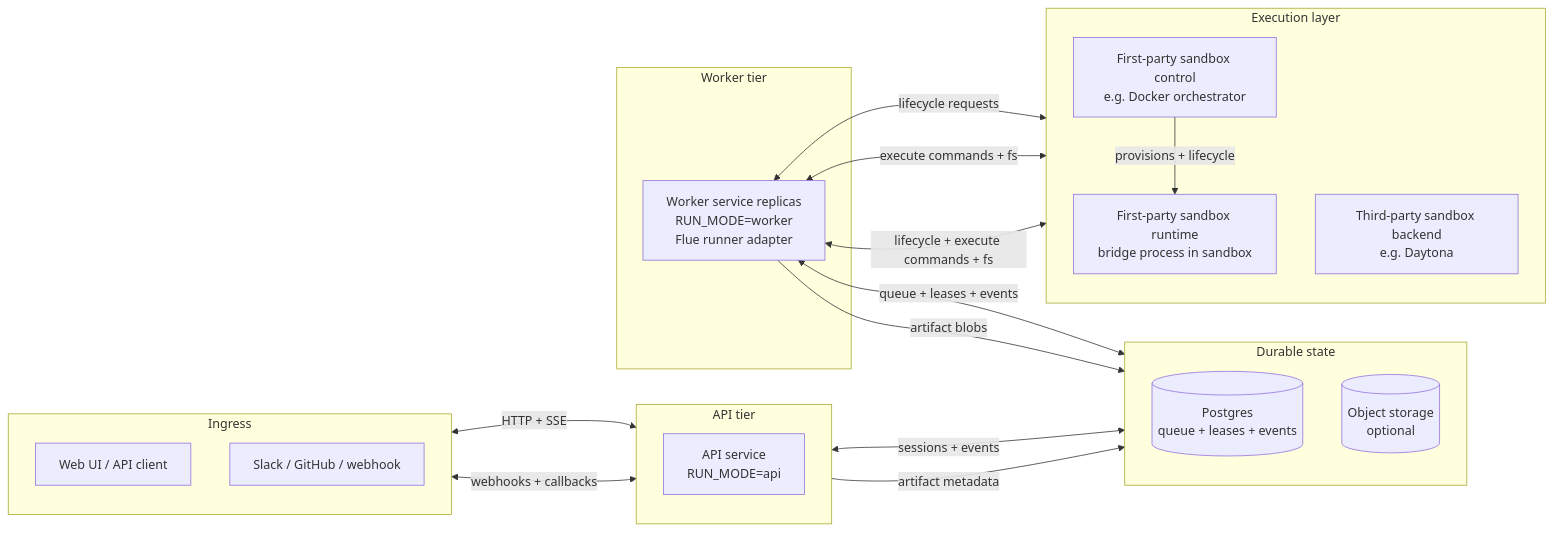
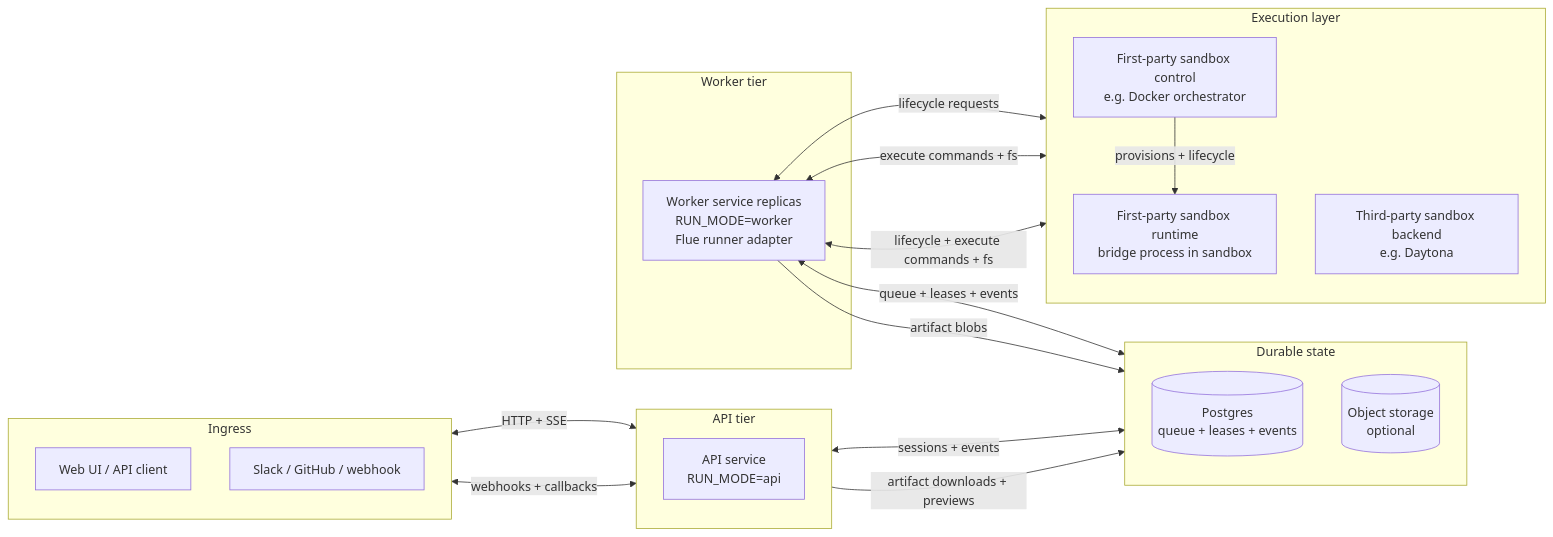
The second of 2 diagrams in docs/architecture.md (volfco/deputies), drawn with Mermaid before and after one commit. The commit also changed other lines of this file and 6 other files, not shown here.

Commit message:
docs: document artifact storage feature

````diff
--- a/docs/architecture.md
+++ b/docs/architecture.md
@@ -133,41 +134,41 @@
 ```mermaid
 flowchart LR
   subgraph Ingress[Ingress]
     direction TB
     Client[Web UI / API client]
     Integration[Slack / GitHub / webhook]
   end
 
   subgraph APIService[API tier]
     direction TB
     API[API service<br/>RUN_MODE=api]
   end
 
   subgraph WorkerTier[Worker tier]
     Workers[Worker service replicas<br/>RUN_MODE=worker<br/>Flue runner adapter]
   end
 
   subgraph Durable[Durable state]
     direction TB
     Postgres[(Postgres<br/>queue + leases + events)]
     ObjectStorage[(Object storage<br/>optional)]
   end
 
   subgraph Execution[Execution layer]
     direction TB
     FirstPartyControl[First-party sandbox control<br/>e.g. Docker orchestrator]
     FirstPartySandbox[First-party sandbox runtime<br/>bridge process in sandbox]
     ThirdPartyBackend[Third-party sandbox backend<br/>e.g. Daytona]
   end
 
   Client <-->|HTTP + SSE| API
   Integration <-->|webhooks + callbacks| API
   API <-->|sessions + events| Postgres
-  API -->|artifact metadata| ObjectStorage
+  API -->|artifact downloads + previews| ObjectStorage
   Workers <-->|queue + leases + events| Postgres
   Workers -->|artifact blobs| ObjectStorage
   Workers <-->|lifecycle requests| FirstPartyControl
   FirstPartyControl -->|provisions + lifecycle| FirstPartySandbox
   Workers <-->|execute commands + fs| FirstPartySandbox
   Workers <-->|lifecycle + execute commands + fs| ThirdPartyBackend
 ```
````
